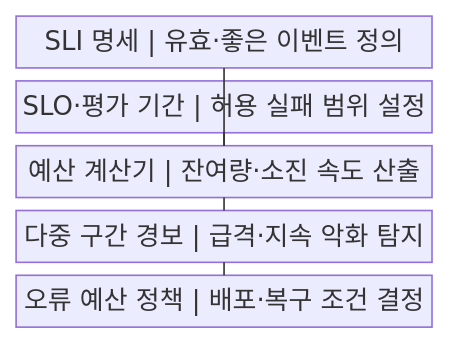
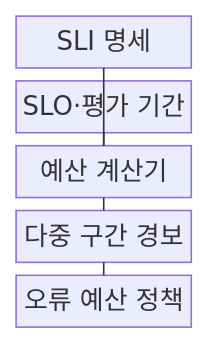
One commit to agnusdei1207/knowledge-base changed the first of 2 diagrams in src/content/docs/notes/03-software/166_error_budget.md. Above: the diagram before and after it, drawn with Mermaid. The commit also changed other lines of this file and 238 other files, not shown here.

````diff
--- a/src/content/docs/notes/03-software/166_error_budget.md
+++ b/src/content/docs/notes/03-software/166_error_budget.md
@@ -53,13 +57,13 @@
 ```mermaid
-block
+block-beta
     columns 1
-    A["SLI 명세 | 유효·좋은 이벤트 정의"]
-    B["SLO·평가 기간 | 허용 실패 범위 설정"]
-    C["예산 계산기 | 잔여량·소진 속도 산출"]
-    D["다중 구간 경보 | 급격·지속 악화 탐지"]
-    E["오류 예산 정책 | 배포·복구 조건 결정"]
+    A["SLI 명세"]
+    B["SLO·평가 기간"]
+    C["예산 계산기"]
+    D["다중 구간 경보"]
+    E["오류 예산 정책"]
     A --- C
     B --- C
     C --- D
     D --- E
 ```
````
